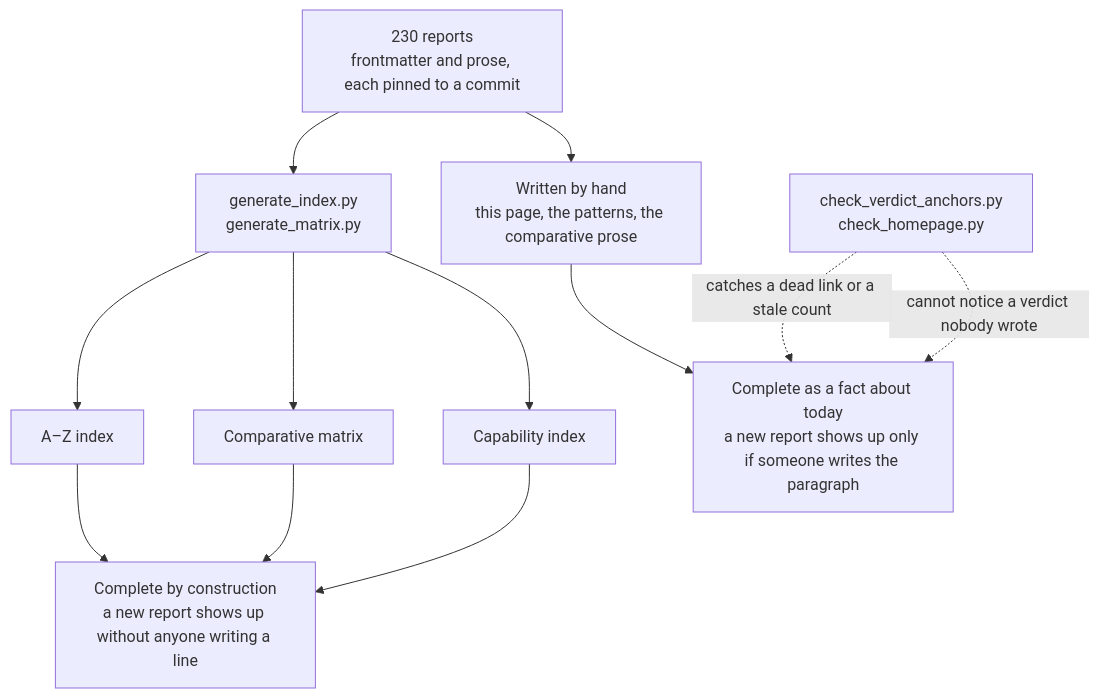
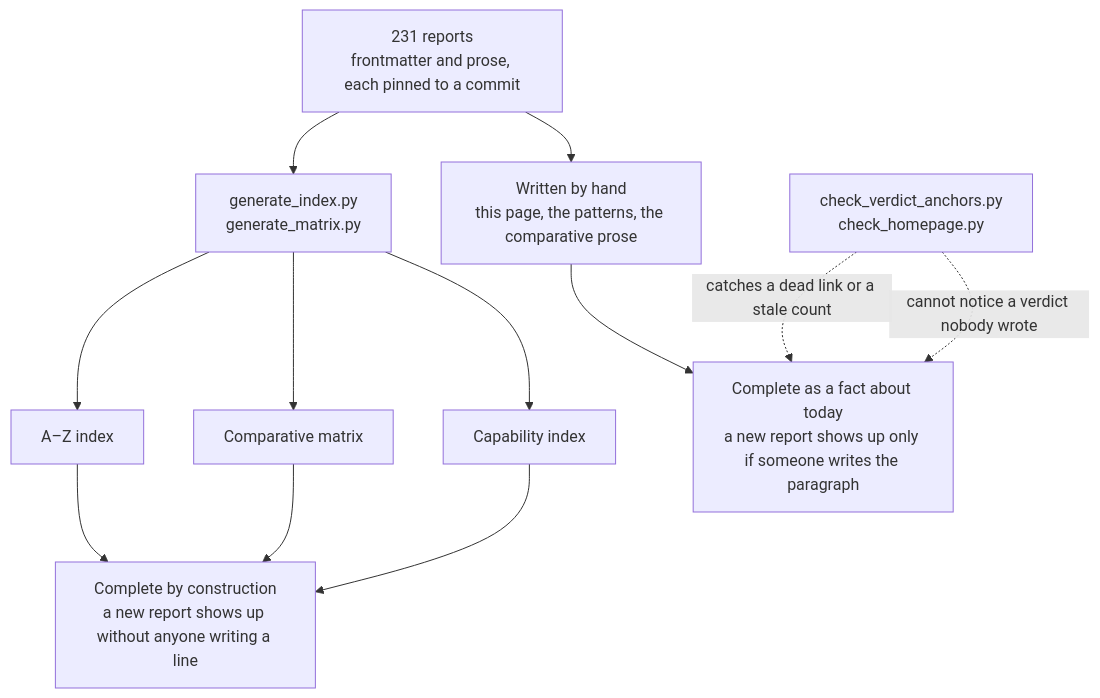
Before and after one commit to neoneye/agent-memory-atlas: the diagram in content/verdicts.md, drawn with Mermaid. The commit also changed other lines of this file and 19 other files, not shown here.

````diff
--- a/content/verdicts.md
+++ b/content/verdicts.md
@@ -40,15 +40,15 @@
 ```mermaid
 flowchart TD
-    R["230 reports<br/>frontmatter and prose, each pinned to a commit"]
+    R["231 reports<br/>frontmatter and prose, each pinned to a commit"]
     R --> GEN["generate_index.py<br/>generate_matrix.py"]
     R --> HAND["Written by hand<br/>this page, the patterns, the comparative prose"]
     GEN --> AZ["A–Z index"]
     GEN --> MX["Comparative matrix"]
     GEN --> CI["Capability index"]
     AZ --> CONST["Complete by construction<br/>a new report shows up without anyone writing a line"]
     MX --> CONST
     CI --> CONST
     HAND --> TODAY["Complete as a fact about today<br/>a new report shows up only if someone writes the paragraph"]
     CHK["check_verdict_anchors.py<br/>check_homepage.py"] -.->|"catches a dead link or a stale count"| TODAY
     CHK -.->|"cannot notice a verdict nobody wrote"| TODAY
 ```
````
